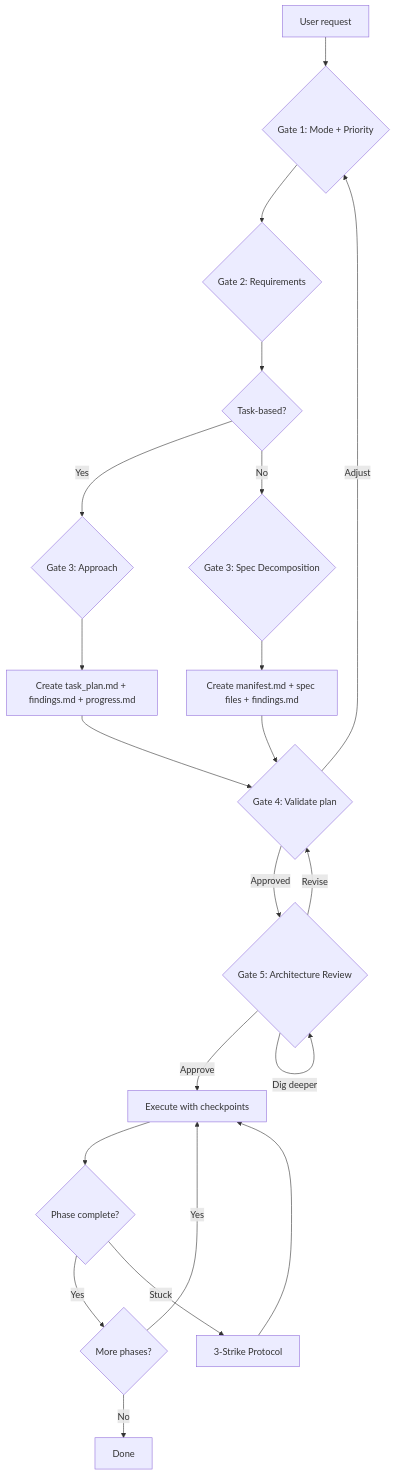
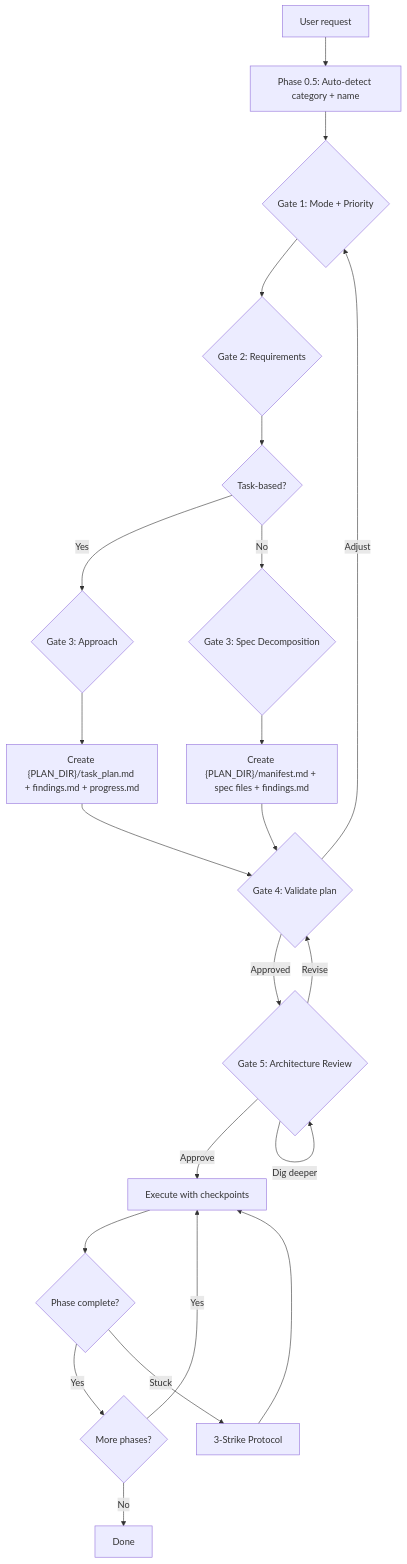
The diagram in README.md (shihwesley/interactive-planning), drawn with Mermaid before and after one commit. The commit also changed other lines of this file, not shown here.

Commit message:
docs: update README for v5.0.0 categorized plan directories

````diff
--- a/README.md
+++ b/README.md
@@ -149,23 +239,24 @@
 ```mermaid
 flowchart TD
-    A[User request] --> B{Gate 1: Mode + Priority}
+    A[User request] --> A1[Phase 0.5: Auto-detect category + name]
+    A1 --> B{Gate 1: Mode + Priority}
     B --> C{Gate 2: Requirements}
     C --> D{Task-based?}
     D -->|Yes| E{Gate 3: Approach}
     D -->|No| F{Gate 3: Spec Decomposition}
-    E --> G[Create task_plan.md + findings.md + progress.md]
-    F --> H[Create manifest.md + spec files + findings.md]
+    E --> G["Create {PLAN_DIR}/task_plan.md + findings.md + progress.md"]
+    F --> H["Create {PLAN_DIR}/manifest.md + spec files + findings.md"]
     G --> I{Gate 4: Validate plan}
     H --> I
     I -->|Adjust| B
     I -->|Approved| P{Gate 5: Architecture Review}
     P -->|Approve| J[Execute with checkpoints]
     P -->|Revise| I
     P -->|Dig deeper| P
     J --> K{Phase complete?}
     K -->|Yes| L{More phases?}
     K -->|Stuck| M[3-Strike Protocol]
     L -->|Yes| J
     L -->|No| N[Done]
     M --> J
 ```
````
